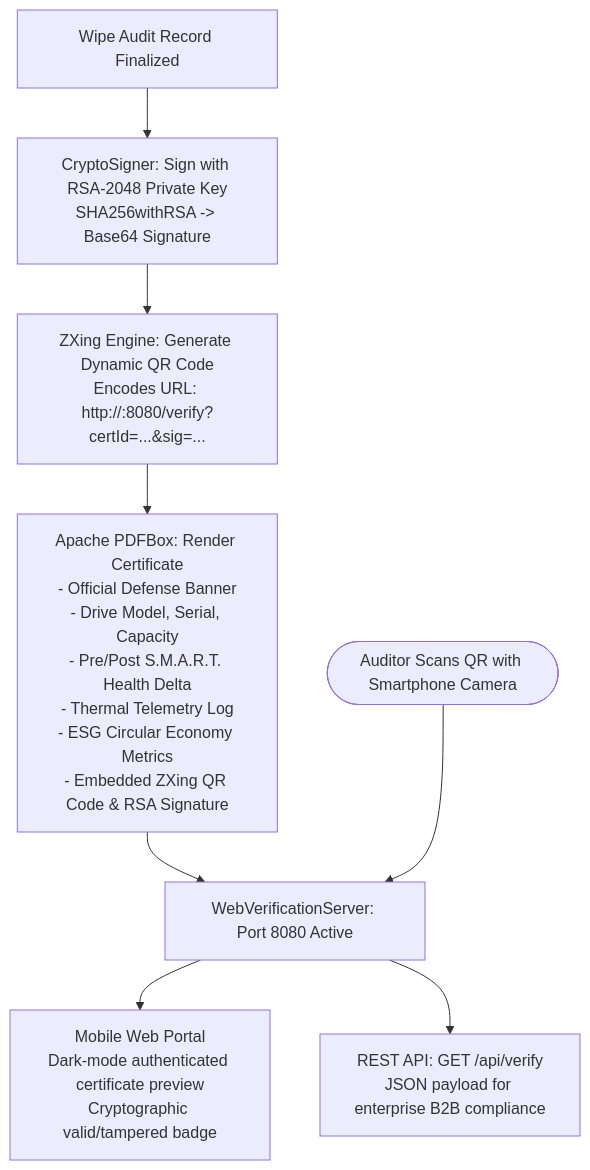
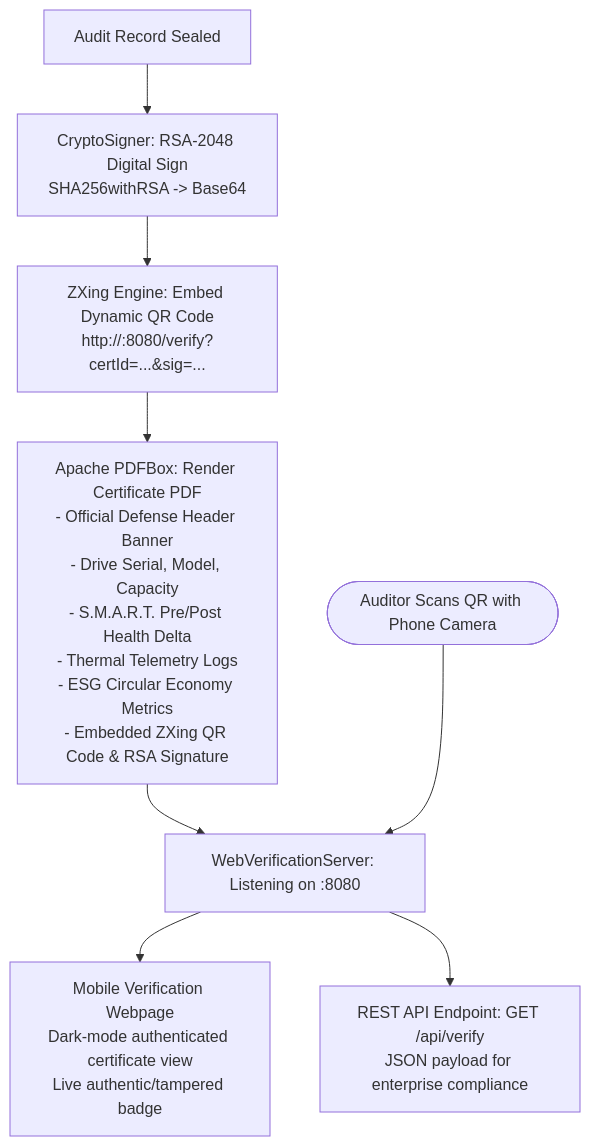
Before and after one commit to pranaash31/Secure-Data-Wiping: diagram 12 of 24 in PROJECT_STUDY_GUIDE.md, drawn with Mermaid. The commit also changed other lines of this file, not shown here.

````diff
--- a/PROJECT_STUDY_GUIDE.md
+++ b/PROJECT_STUDY_GUIDE.md
@@ -531,14 +478,11 @@
 ```mermaid
 flowchart TD
-    RECORD[Wipe Audit Record Finalized] --> SIGN[CryptoSigner: Sign with RSA-2048 Private Key\nSHA256withRSA -> Base64 Signature]
-    
-    SIGN --> QR[ZXing Engine: Generate Dynamic QR Code\nEncodes URL: http://<ip>:8080/verify?certId=...&sig=...]
-    
-    QR --> PDF[Apache PDFBox: Render Certificate\n- Official Defense Banner\n- Drive Model, Serial, Capacity\n- Pre/Post S.M.A.R.T. Health Delta\n- Thermal Telemetry Log\n- ESG Circular Economy Metrics\n- Embedded ZXing QR Code & RSA Signature]
-    
-    PDF --> SERVER[WebVerificationServer: Port 8080 Active]
-    
-    MOBILE([Auditor Scans QR with Smartphone Camera]) --> SERVER
-    SERVER --> WEBPAGE[Mobile Web Portal\nDark-mode authenticated certificate preview\nCryptographic valid/tampered badge]
-    SERVER --> REST_API[REST API: GET /api/verify\nJSON payload for enterprise B2B compliance]
+    REC[Audit Record Sealed] --> SIGN[CryptoSigner: RSA-2048 Digital Sign\nSHA256withRSA -> Base64]
+    SIGN --> QR[ZXing Engine: Embed Dynamic QR Code\nhttp://<host>:8080/verify?certId=...&sig=...]
+    QR --> PDF[Apache PDFBox: Render Certificate PDF\n- Official Defense Header Banner\n- Drive Serial, Model, Capacity\n- S.M.A.R.T. Pre/Post Health Delta\n- Thermal Telemetry Logs\n- ESG Circular Economy Metrics\n- Embedded ZXing QR Code & RSA Signature]
+    PDF --> SERVER[WebVerificationServer: Listening on :8080]
+
+    PHONE([Auditor Scans QR with Phone Camera]) --> SERVER
+    SERVER --> PAGE[Mobile Verification Webpage\nDark-mode authenticated certificate view\nLive authentic/tampered badge]
+    SERVER --> REST[REST API Endpoint: GET /api/verify\nJSON payload for enterprise compliance]
 ```
````
